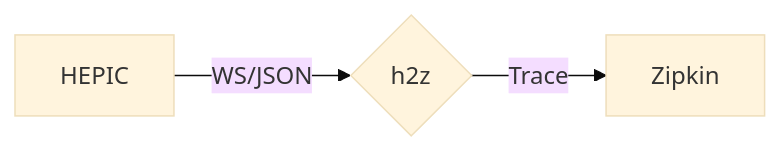
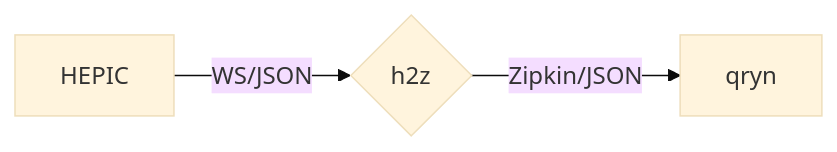
The diagram in README.md (hepictel/h2Z), drawn with Mermaid (base theme) before and after one commit.

````diff
--- a/README.md
+++ b/README.md
@@ -5,6 +5,6 @@
 ```mermaid
 flowchart LR
 
 A[HEPIC] -->|WS/JSON| C{h2z}
-C -->|Trace| D[Zipkin]
+C -->|Zipkin/JSON| D[qryn]
 ```
````
